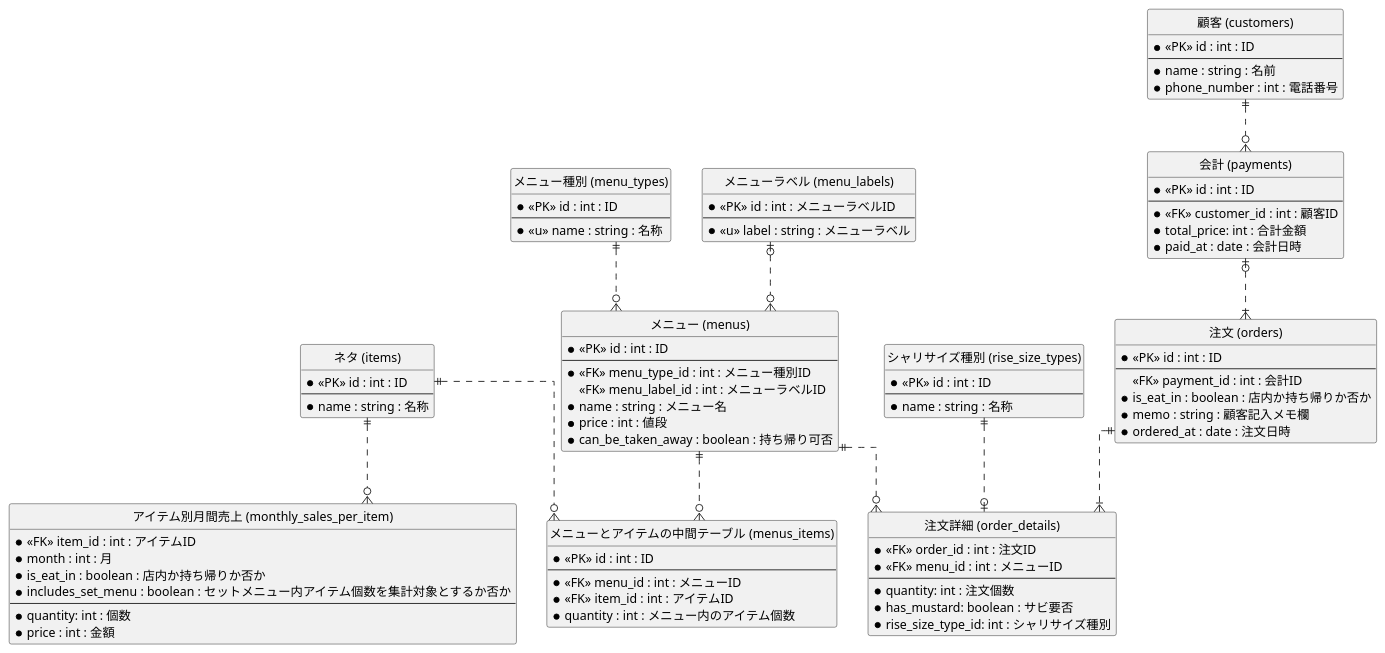
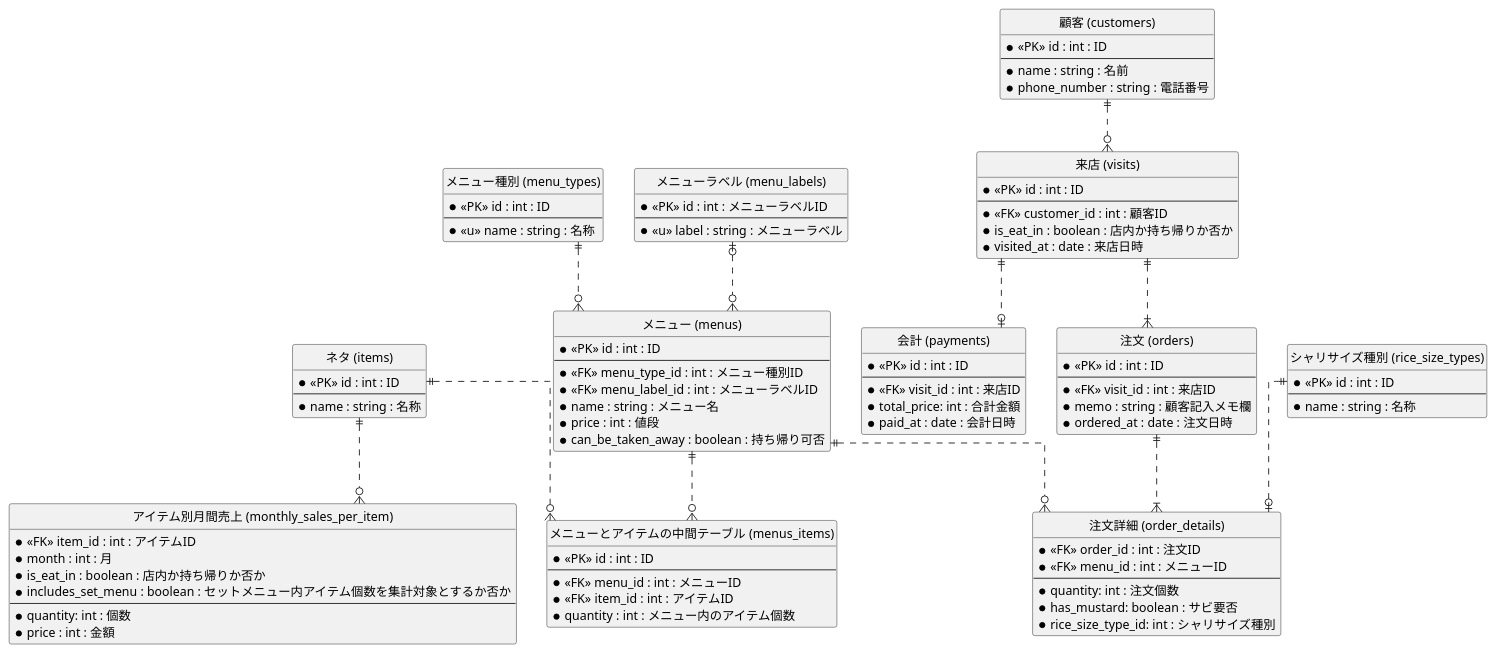
Before and after one commit to blueglasses1995/PrAhaChallenge: the diagram in 01.データベース設計/DBモデリング1/ER/SushiOrderWithMonthlyAggregation.pu, drawn with PlantUML. The commit also changed 198 other files, not shown here.

```diff
--- a/01.データベース設計/DBモデリング1/ER/SushiOrderWithMonthlyAggregation.pu
+++ b/01.データベース設計/DBモデリング1/ER/SushiOrderWithMonthlyAggregation.pu
@@ -1,101 +1,109 @@
 @startuml sushi
  hide circle
  skinparam linetype ortho
  
  entity "ネタ (items)" as items {
      * <<PK>> id : int : ID
      --
      * name : string : 名称
  }
 
  entity "メニューとアイテムの中間テーブル (menus_items)" as menus_items {
      * <<PK>> id : int : ID
      --
      * <<FK>> menu_id : int : メニューID
      * <<FK>> item_id : int : アイテムID
      * quantity : int : メニュー内のアイテム個数
  }
 
  entity "メニュー (menus)" as menus {
      * <<PK>> id : int : ID
      --
      * <<FK>> menu_type_id : int : メニュー種別ID
-     <<FK>> menu_label_id : int : メニューラベルID
+     * <<FK>> menu_label_id : int : メニューラベルID
      * name : string : メニュー名
      * price : int : 値段
      * can_be_taken_away : boolean : 持ち帰り可否
  }
 
  entity "メニュー種別 (menu_types)" as menu_types {
      * <<PK>> id : int : ID
      --
      * <<u>> name : string : 名称
  }
 
  entity "メニューラベル (menu_labels)" as menu_labels {
      * <<PK>> id : int : メニューラベルID
      --
      * <<u>> label : string : メニューラベル
  }
 
  entity "顧客 (customers)" as customers {
      * <<PK>> id : int : ID
      --
      * name : string : 名前
-     * phone_number : int : 電話番号
+     * phone_number : string : 電話番号
  }
 
- entity "シャリサイズ種別 (rise_size_types)" as rise_size_types {
+ entity "シャリサイズ種別 (rice_size_types)" as rice_size_types {
      * <<PK>> id : int : ID
      --
      * name : string : 名称
  }
 
+entity "来店 (visits)" as visits {
+     * <<PK>> id : int : ID
+    --
+     * <<FK>> customer_id : int : 顧客ID
+     * is_eat_in : boolean : 店内か持ち帰りか否か
+     * visited_at : date : 来店日時
+}
+
 entity "注文 (orders)" as orders {
      * <<PK>> id : int : ID
      --
-     <<FK>> payment_id : int : 会計ID
-     * is_eat_in : boolean : 店内か持ち帰りか否か
+     * <<FK>> visit_id : int : 来店ID
      * memo : string : 顧客記入メモ欄
      * ordered_at : date : 注文日時
 }
 
 entity "会計 (payments)" as payments {
      * <<PK>> id : int : ID
      --
-     * <<FK>> customer_id : int : 顧客ID
+     * <<FK>> visit_id : int : 来店ID
      * total_price: int : 合計金額
      * paid_at : date : 会計日時
 }
 
  entity "注文詳細 (order_details)" as order_details {
      * <<FK>> order_id : int : 注文ID
      * <<FK>> menu_id : int : メニューID
      --
      * quantity: int : 注文個数
      * has_mustard: boolean : サビ要否
-     * rise_size_type_id: int : シャリサイズ種別
+     * rice_size_type_id: int : シャリサイズ種別
  }
 
  entity "アイテム別月間売上 (monthly_sales_per_item)" as monthly_sales_per_item {
      * <<FK>> item_id : int : アイテムID
      * month : int : 月
      * is_eat_in : boolean : 店内か持ち帰りか否か
      * includes_set_menu : boolean : セットメニュー内アイテム個数を集計対象とするか否か
      --
      * quantity: int : 個数
      * price : int : 金額
  }
 
-customers ||..o{ payments
-payments |o..|{ orders
+customers ||..o{ visits
+visits ||..o| payments
+visits ||..|{ orders
 orders ||..|{ order_details
-rise_size_types ||..o| order_details
+rice_size_types ||..o| order_details
 menus ||..o{ order_details
 menu_types ||..o{ menus
 menu_labels |o..o{ menus
 menus ||..o{ menus_items
 items ||..o{ menus_items
 items ||..o{ monthly_sales_per_item
 
  @enduml
```
